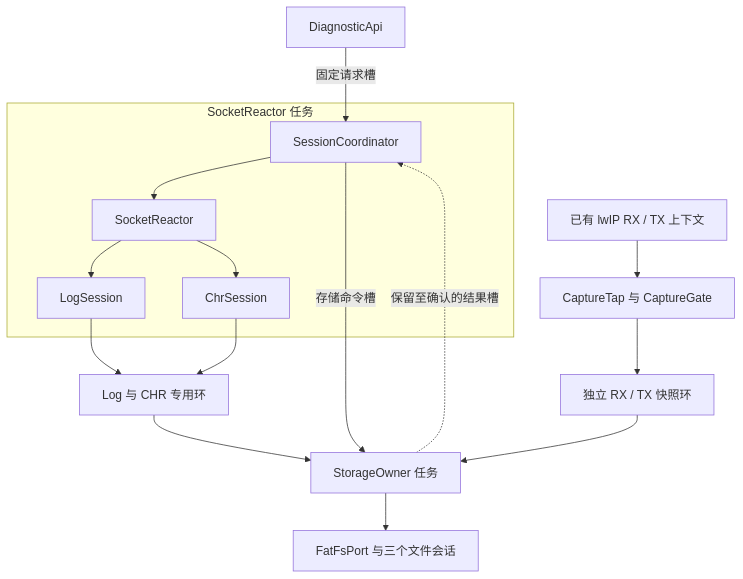
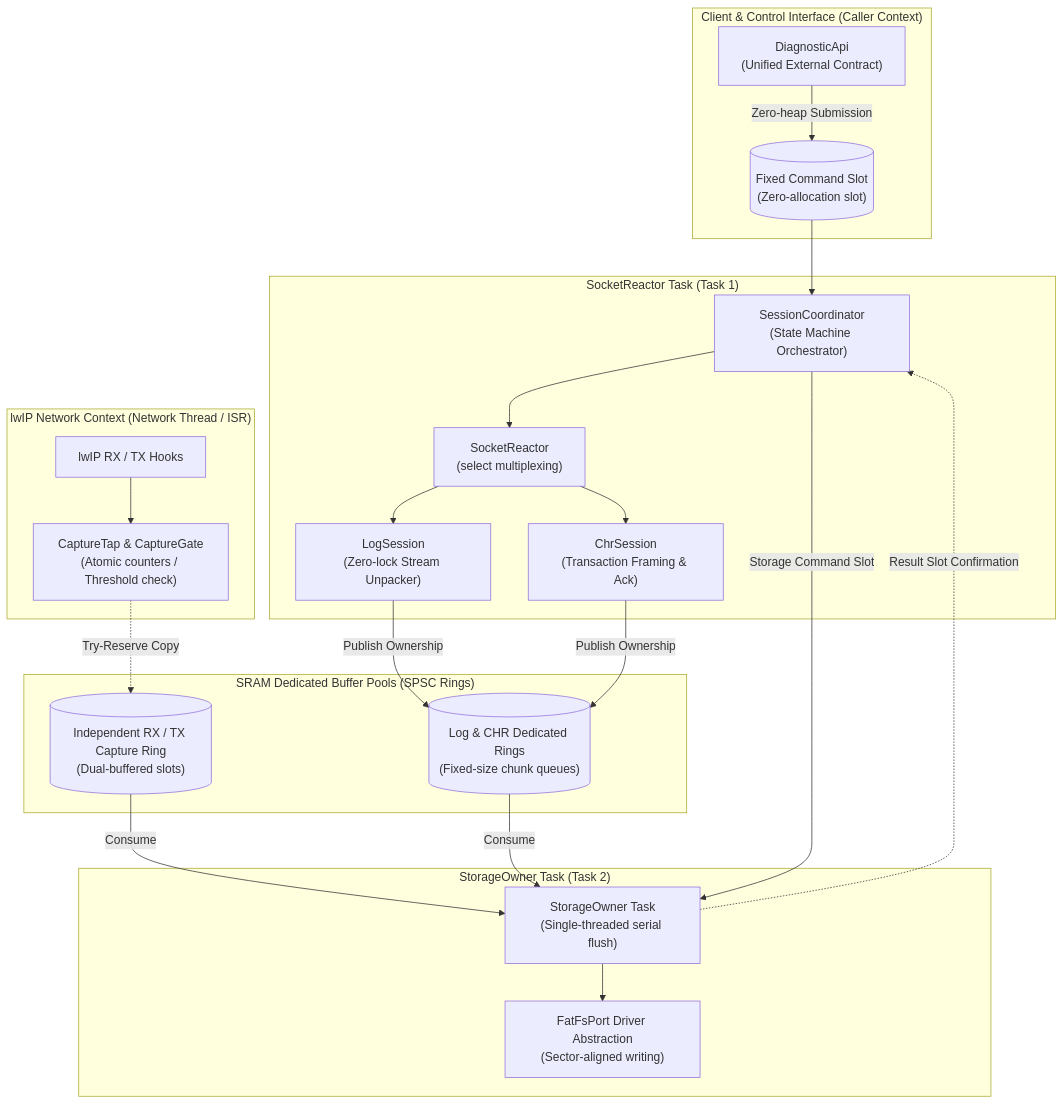
One commit to luckyJimLu/system-design-notes changed the tenth of 12 diagrams in embedded-systems/modemlog/03-modem-complete-mermaid-flows.en.md. Above: the diagram before and after it, drawn with Mermaid. The commit also changed other lines of this file and 19 other files, not shown here.

First line of the commit message:
docs: update modem flows and system documentation

````diff
--- a/embedded-systems/modemlog/03-modem-complete-mermaid-flows.en.md
+++ b/embedded-systems/modemlog/03-modem-complete-mermaid-flows.en.md
@@ -187,18 +313,46 @@
 ```mermaid
 flowchart TD
-    api["DiagnosticApi"] -->|"固定请求槽"| coordinator["SessionCoordinator"]
-    subgraph reactorTask["SocketReactor 任务"]
-        coordinator --> reactor["SocketReactor"]
-        reactor --> log["LogSession"]
-        reactor --> chr["ChrSession"]
+    subgraph CLIENT["Client & Control Interface (Caller Context)"]
+        api["DiagnosticApi\n(Unified External Contract)"]
+        requestSlot[("Fixed Command Slot\n(Zero-allocation slot)")]
+        api -->|"Zero-heap Submission"| requestSlot
     end
-    log --> rings["Log 与 CHR 专用环"]
-    chr --> rings
-    hooks["已有 lwIP RX / TX 上下文"] --> tap["CaptureTap 与 CaptureGate"]
-    tap --> cap["独立 RX / TX 快照环"]
-    coordinator -->|"存储命令槽"| storage["StorageOwner 任务"]
-    rings --> storage
-    cap --> storage
-    storage --> files["FatFsPort 与三个文件会话"]
-    storage -.->|"保留至确认的结果槽"| coordinator
+
+    subgraph REACTOR_TASK["SocketReactor Task (Task 1)"]
+        coordinator["SessionCoordinator\n(State Machine Orchestrator)"]
+        requestSlot --> coordinator
+        
+        reactor["SocketReactor\n(select multiplexing)"]
+        coordinator --> reactor
+
+        log["LogSession\n(Zero-lock Stream Unpacker)"]
+        chr["ChrSession\n(Transaction Framing & Ack)"]
+
+        reactor --> log
+        reactor --> chr
+    end
+
+    subgraph BUFFERS["SRAM Dedicated Buffer Pools (SPSC Rings)"]
+        rings[("Log & CHR Dedicated Rings\n(Fixed-size chunk queues)")]
+        cap[("Independent RX / TX Capture Ring\n(Dual-buffered slots)")]
+
+        log -->|"Publish Ownership"| rings
+        chr -->|"Publish Ownership"| rings
+    end
+
+    subgraph LWIP_CTX["lwIP Network Context (Network Thread / ISR)"]
+        hooks["lwIP RX / TX Hooks"] --> tap["CaptureTap & CaptureGate\n(Atomic counters / Threshold check)"]
+        tap -.->|"Try-Reserve Copy"| cap
+    end
+
+    subgraph STORAGE_TASK["StorageOwner Task (Task 2)"]
+        coordinator -->|"Storage Command Slot"| storage["StorageOwner Task\n(Single-threaded serial flush)"]
+        rings -->|"Consume"| storage
+        cap -->|"Consume"| storage
+
+        files["FatFsPort Driver Abstraction\n(Sector-aligned writing)"]
+        storage --> files
+    end
+
+    storage -.->|"Result Slot Confirmation"| coordinator
 ```
````
